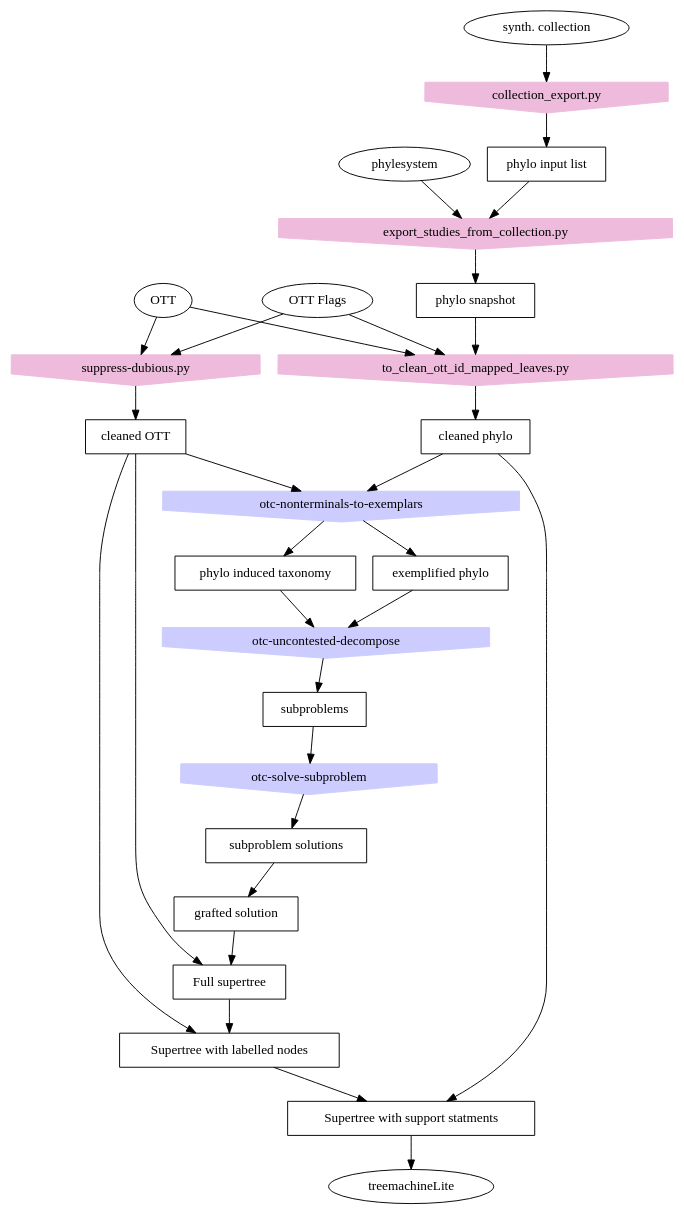
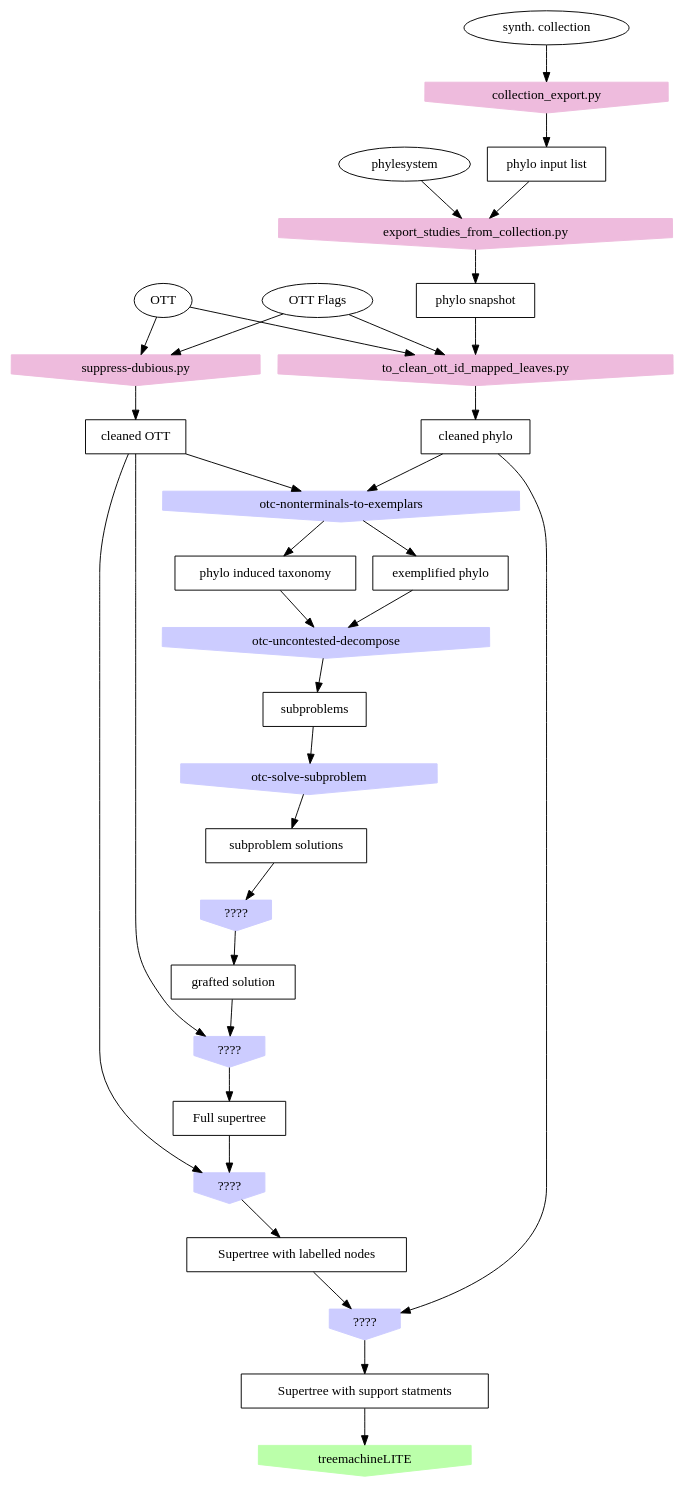
One commit to OpenTreeOfLife/propinquity changed the diagram in doc/pipeline-tools.dot. Above: the diagram before and after it, drawn with Graphviz. The commit also changed 1 other file, not shown here.

```diff
--- a/doc/pipeline-tools.dot
+++ b/doc/pipeline-tools.dot
@@ -1,70 +1,78 @@
 digraph P {
     ottflags [shape=oval label="OTT Flags"];
     ott [shape=oval label="OTT"];
     phylesystem [shape=oval label="phylesystem"];
     synthcoll [shape=oval label="synth. collection"];
 
     cleanedotttool [shape=invhouse label="suppress-dubious.py", style=filled, color="#EEBBDD"];
     cleanedott [shape=box label="cleaned OTT"];
     ott -> cleanedotttool ;
     ottflags -> cleanedotttool;
     cleanedotttool ->cleanedott;
 
     phyloinputtool [shape=invhouse label="collection_export.py", style=filled, color="#EEBBDD"];
     phyloinput [shape=box label="phylo input list"];
     synthcoll -> phyloinputtool ;
     phyloinputtool -> phyloinput;
 
     phylosnapshottool [shape=invhouse label="export_studies_from_collection.py", style=filled, color="#EEBBDD"];
     phylosnapshot [shape=box label="phylo snapshot"];
     phyloinput -> phylosnapshottool ;
     phylesystem -> phylosnapshottool ;
     phylosnapshottool ->phylosnapshot;
 
     cleanedphylotool [shape=invhouse label="to_clean_ott_id_mapped_leaves.py", style=filled, color="#EEBBDD"];
     cleanedphylo [shape=box label="cleaned phylo"];
     phylosnapshot -> cleanedphylotool ;
     ottflags -> cleanedphylotool ;
     ott -> cleanedphylotool ;
     cleanedphylotool -> cleanedphylo;
 
     phyloinducedtaxonomytool [shape=invhouse label="otc-nonterminals-to-exemplars" style=filled color="#CCCCFF"];
     phyloinducedtaxonomy [shape=box label="phylo induced taxonomy"];
     exemplifiedphylo [shape=box label="exemplified phylo"];
     cleanedphylo -> phyloinducedtaxonomytool;
     cleanedott -> phyloinducedtaxonomytool;
     phyloinducedtaxonomytool -> phyloinducedtaxonomy;
     phyloinducedtaxonomytool -> exemplifiedphylo;
 
 
 
     subproblemstool [shape=invhouse label="otc-uncontested-decompose" style=filled color="#CCCCFF"];
     subproblems [shape=box label="subproblems"];
     phyloinducedtaxonomy -> subproblemstool;
     exemplifiedphylo -> subproblemstool;
     subproblemstool -> subproblems;
 
     subproblemsolntool [shape=invhouse label="otc-solve-subproblem" style=filled color="#CCCCFF"];
     subproblemsoln [shape=box label="subproblem solutions"];
     subproblems -> subproblemsolntool;
     subproblemsolntool -> subproblemsoln;
 
+    graftedsolntool [shape=invhouse label="????" style=filled color="#CCCCFF"];
     graftedsoln [shape=box label="grafted solution"];
-    subproblemsoln -> graftedsoln;
+    subproblemsoln -> graftedsolntool;
+    graftedsolntool -> graftedsoln;
 
+    supertreetopotool [shape=invhouse label="????" style=filled color="#CCCCFF"];
     supertreetopo [shape=box label="Full supertree"];
-    graftedsoln -> supertreetopo;
-    cleanedott -> supertreetopo;
+    graftedsoln -> supertreetopotool;
+    cleanedott -> supertreetopotool;
+    supertreetopotool -> supertreetopo;
 
+    taxolabelledsupertreetool [shape=invhouse label="????" style=filled color="#CCCCFF"];
     taxolabelledsupertree [shape=box label="Supertree with labelled nodes"];
-    cleanedott -> taxolabelledsupertree;
-    supertreetopo -> taxolabelledsupertree;
+    cleanedott -> taxolabelledsupertreetool;
+    supertreetopo -> taxolabelledsupertreetool;
+    taxolabelledsupertreetool -> taxolabelledsupertree;
 
+    supertreewithsupporttool [shape=invhouse label="????" style=filled color="#CCCCFF"];
     supertreewithsupport [shape=box label="Supertree with support statments"];
-    taxolabelledsupertree -> supertreewithsupport;
-    cleanedphylo -> supertreewithsupport;
+    taxolabelledsupertree -> supertreewithsupporttool;
+    cleanedphylo -> supertreewithsupporttool;
+    supertreewithsupporttool -> supertreewithsupport;
 
-    treemachineLite [shape=oval];
+    treemachineLite [shape=invhouse label="treemachineLITE" style=filled color="#BBFFAA"];
     supertreewithsupport -> treemachineLite;
 
 }
```
